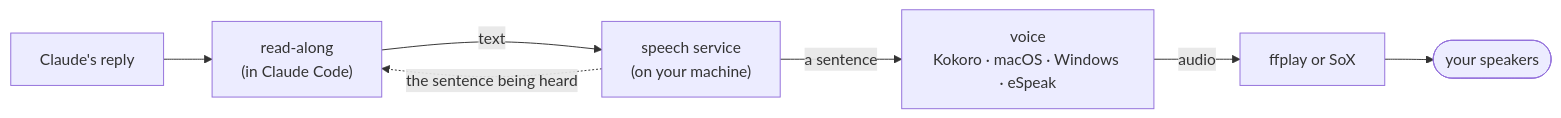
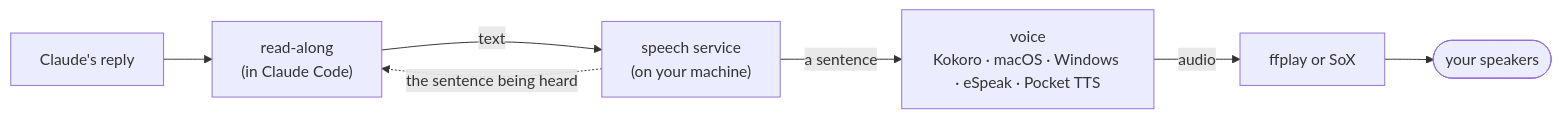
Before and after one commit to tomfluff/claude-read-along: the diagram in README.md, drawn with Mermaid. The commit also changed other lines of this file and 10 other files, not shown here.

First line of the commit message:
A voice of your own, through Pocket TTS

````diff
--- a/README.md
+++ b/README.md
@@ -223,8 +244,8 @@
 ```mermaid
 flowchart LR
     reply["Claude's reply"] --> mod["read-along<br/>(in Claude Code)"]
     mod -- "text" --> service["speech service<br/>(on your machine)"]
-    service -- "a sentence" --> engine["voice<br/>Kokoro · macOS · Windows · eSpeak"]
+    service -- "a sentence" --> engine["voice<br/>Kokoro · macOS · Windows · eSpeak · Pocket TTS"]
     engine -- "audio" --> player["ffplay or SoX"] --> speakers(["your speakers"])
     service -. "the sentence being heard" .-> mod
 ```
````
